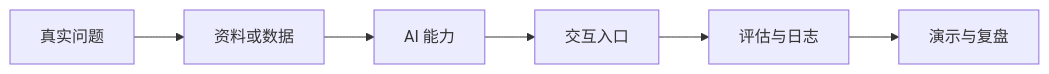
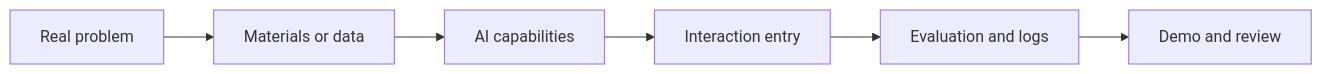
One commit to oudbiao/AI-fullstack-course changed the first of 2 diagrams in docs/intro/graduation-project-guide.md. Above: the diagram before and after it, drawn with Mermaid. The commit also changed other lines of this file and 1406 other files, not shown here.

````diff
--- a/docs/intro/graduation-project-guide.md
+++ b/docs/intro/graduation-project-guide.md
@@ -18,8 +18,8 @@
 ```mermaid
 flowchart LR
-  A["真实问题"] --> B["资料或数据"]
-  B --> C["AI 能力"]
-  C --> D["交互入口"]
-  D --> E["评估与日志"]
-  E --> F["演示与复盘"]
+  A["Real problem"] --> B["Materials or data"]
+  B --> C["AI capabilities"]
+  C --> D["Interaction entry"]
+  D --> E["Evaluation and logs"]
+  E --> F["Demo and review"]
 ```
````
